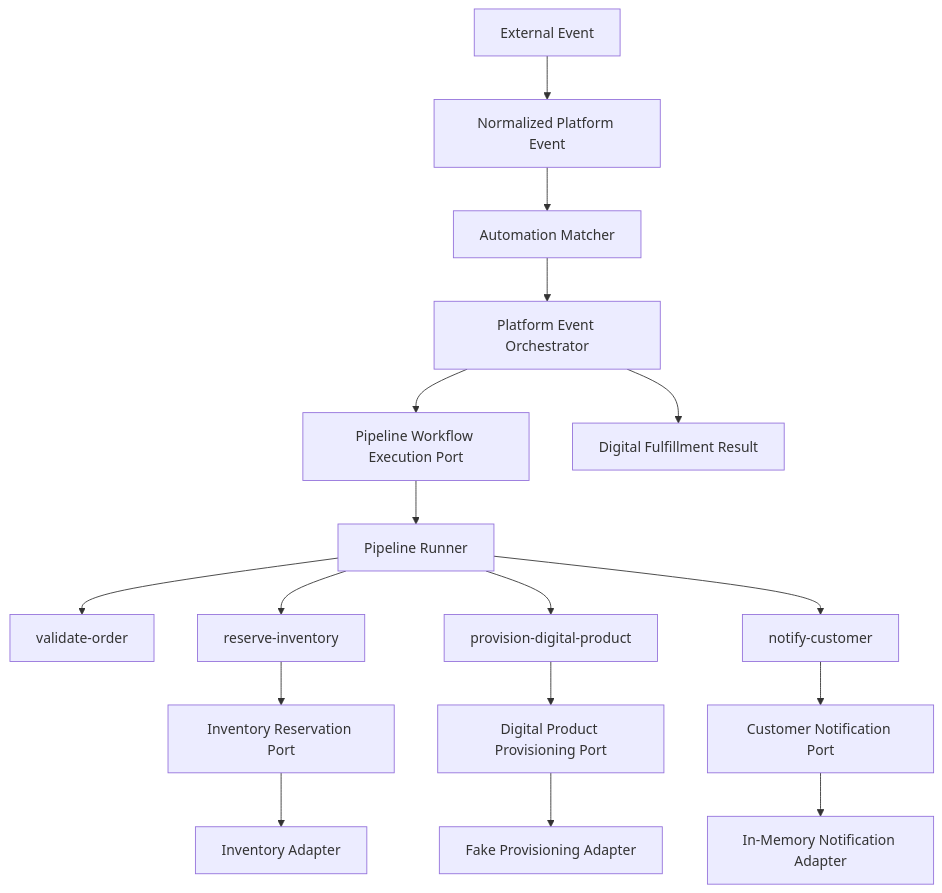
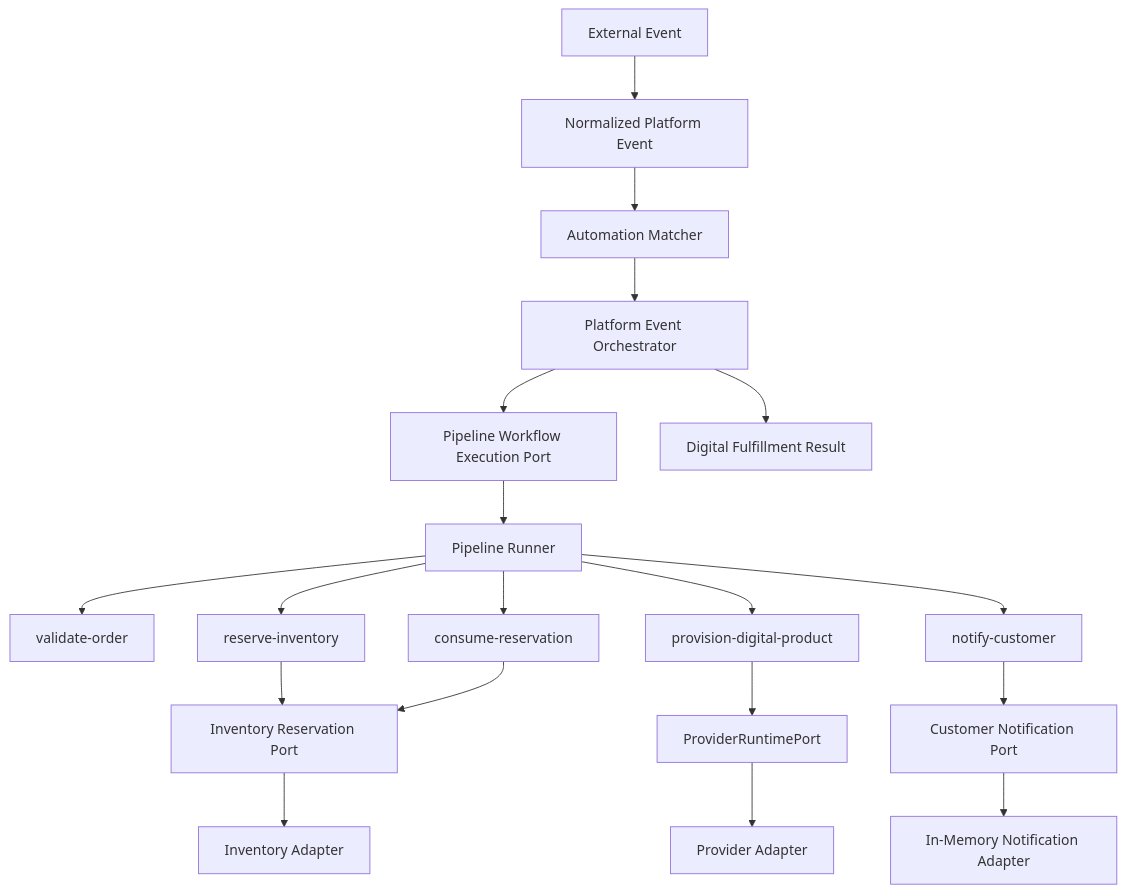
Before and after one commit to 00smm1/digital-automation-platform: the eighth of 8 diagrams in docs/ARCHITECTURE_BASELINE.md, drawn with Mermaid. The commit also changed other lines of this file and 116 other files, not shown here.

First line of the commit message:
Add provider-neutral runtime and migrate digital fulfillment provisioning.

````diff
--- a/docs/ARCHITECTURE_BASELINE.md
+++ b/docs/ARCHITECTURE_BASELINE.md
@@ -153,19 +219,21 @@
 ```mermaid
 flowchart TB
     E[External Event] --> N[Normalized Platform Event]
     N --> M[Automation Matcher]
     M --> O[Platform Event Orchestrator]
     O --> P[Pipeline Workflow Execution Port]
     P --> R[Pipeline Runner]
     R --> S1[validate-order]
     R --> S2[reserve-inventory]
     R --> S3[provision-digital-product]
+    R --> S3B[consume-reservation]
     R --> S4[notify-customer]
     S2 --> IP[Inventory Reservation Port]
-    S3 --> PP[Digital Product Provisioning Port]
+    S3 --> PR[ProviderRuntimePort]
+    S3B --> IP
     S4 --> NP[Customer Notification Port]
     IP --> A1[Inventory Adapter]
-    PP --> A2[Fake Provisioning Adapter]
+    PR --> A2[Provider Adapter]
     NP --> A3[In-Memory Notification Adapter]
     O --> FR[Digital Fulfillment Result]
 ```
````
